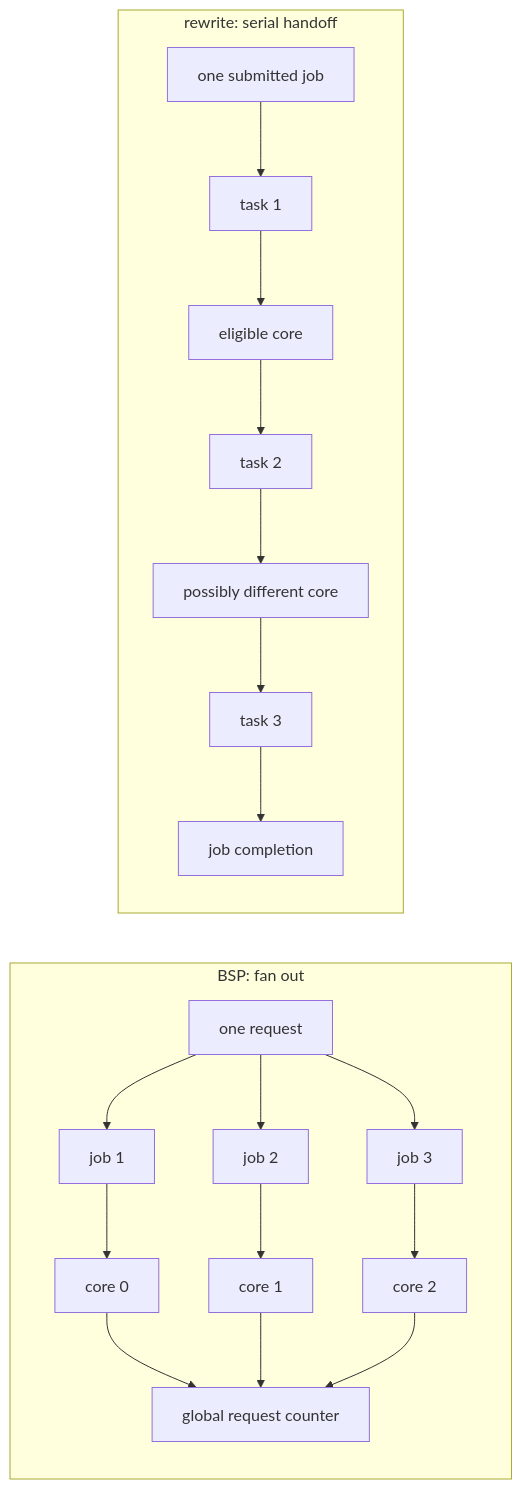
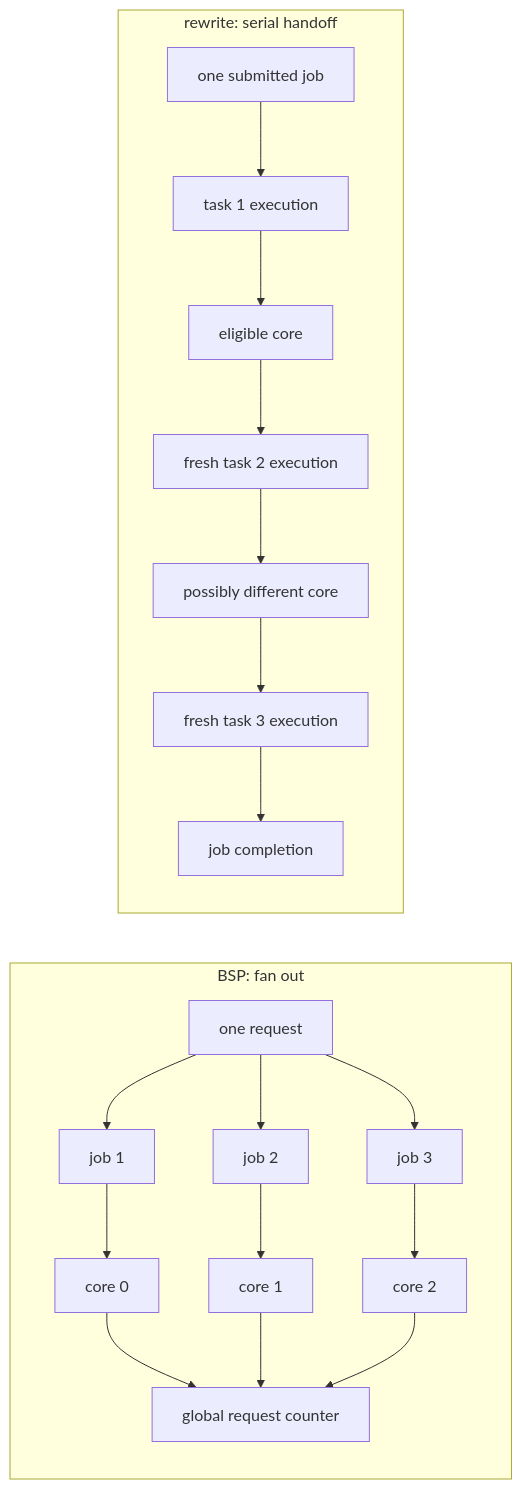
One commit to yisding/rock-5b-ysp changed the seventh of 13 diagrams in kernel-drivers/docs/driver-architecture-comparison.md. Above: the diagram before and after it, drawn with Mermaid. The commit also changed other lines of this file and 13 other files, not shown here.

````diff
--- a/kernel-drivers/docs/driver-architecture-comparison.md
+++ b/kernel-drivers/docs/driver-architecture-comparison.md
@@ -337,23 +358,23 @@
 ```mermaid
 flowchart LR
   subgraph B["BSP: fan out"]
     br["one request"] --> bj1["job 1"]
     br --> bj2["job 2"]
     br --> bj3["job 3"]
     bj1 --> bc0["core 0"]
     bj2 --> bc1["core 1"]
     bj3 --> bc2["core 2"]
     bc0 --> bcount["global request counter"]
     bc1 --> bcount
     bc2 --> bcount
   end
 
   subgraph R["rewrite: serial handoff"]
-    rr["one submitted job"] --> rt1["task 1"]
+    rr["one submitted job"] --> rt1["task 1 execution"]
     rt1 --> rc0["eligible core"]
-    rc0 --> rt2["task 2"]
+    rc0 --> rt2["fresh task 2 execution"]
     rt2 --> rc1["possibly different core"]
-    rc1 --> rt3["task 3"]
+    rc1 --> rt3["fresh task 3 execution"]
     rt3 --> rdone["job completion"]
   end
 ```
````
